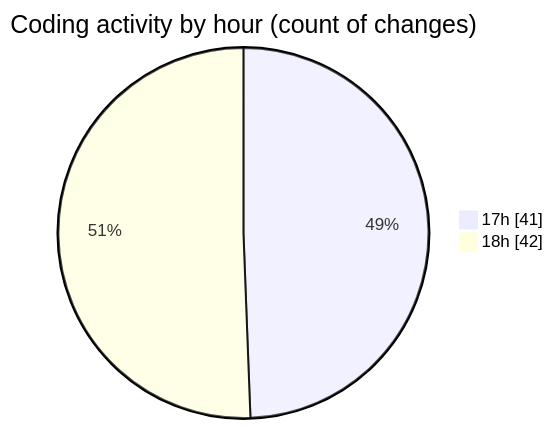
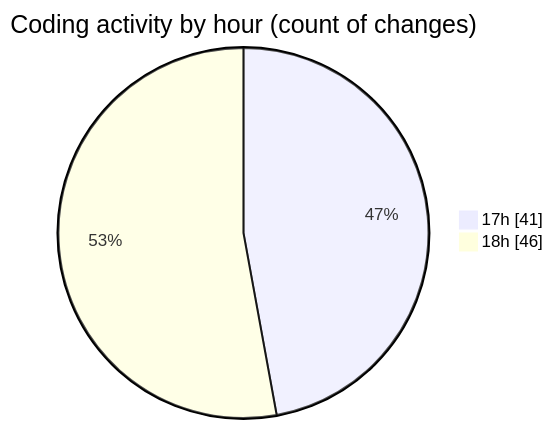
The second of 2 diagrams in 2025-03-20/cda/README.md (momahboobian/code-tracking), drawn with Mermaid before and after one commit. The commit also changed other lines of this file and 1 other file, not shown here.

````diff
--- a/2025-03-20/cda/README.md
+++ b/2025-03-20/cda/README.md
@@ -32,6 +32,6 @@
 ```mermaid
 pie showData
 title Coding activity by hour (count of changes)
 "17h" : 41
-"18h" : 42
+"18h" : 46
 ```
````
